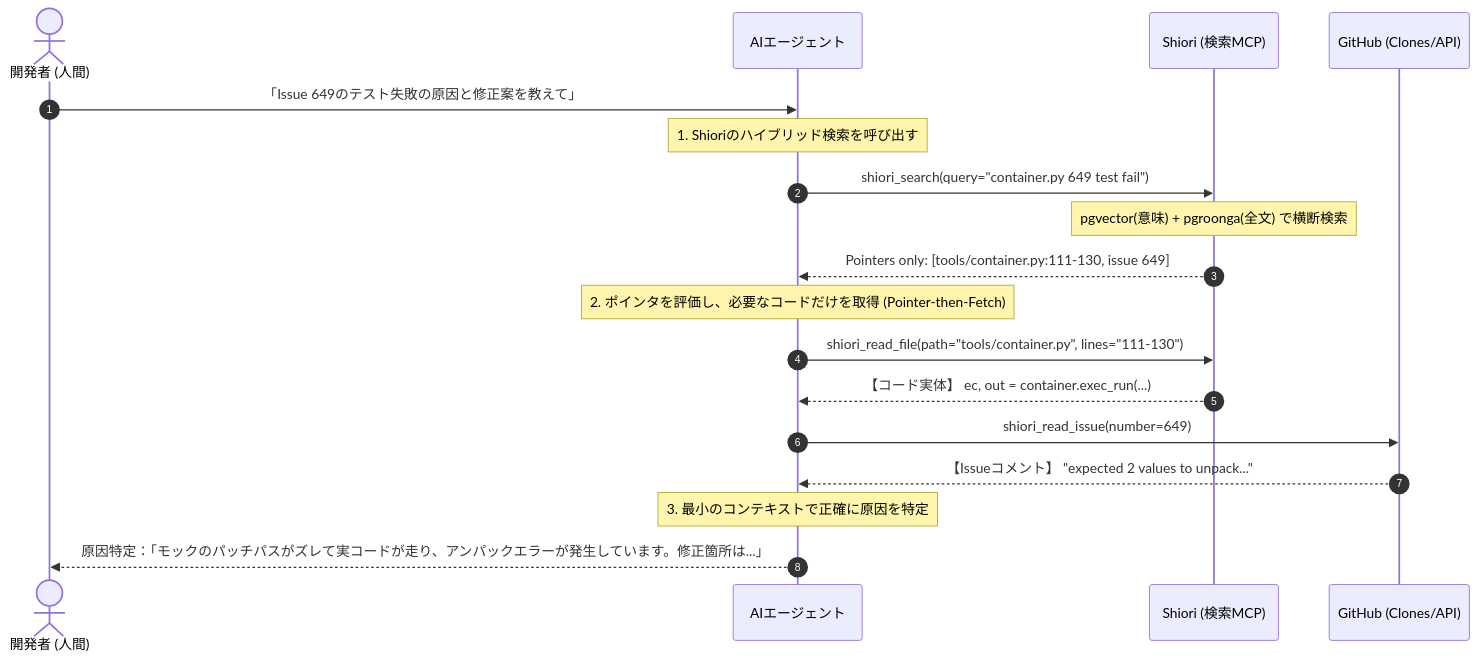
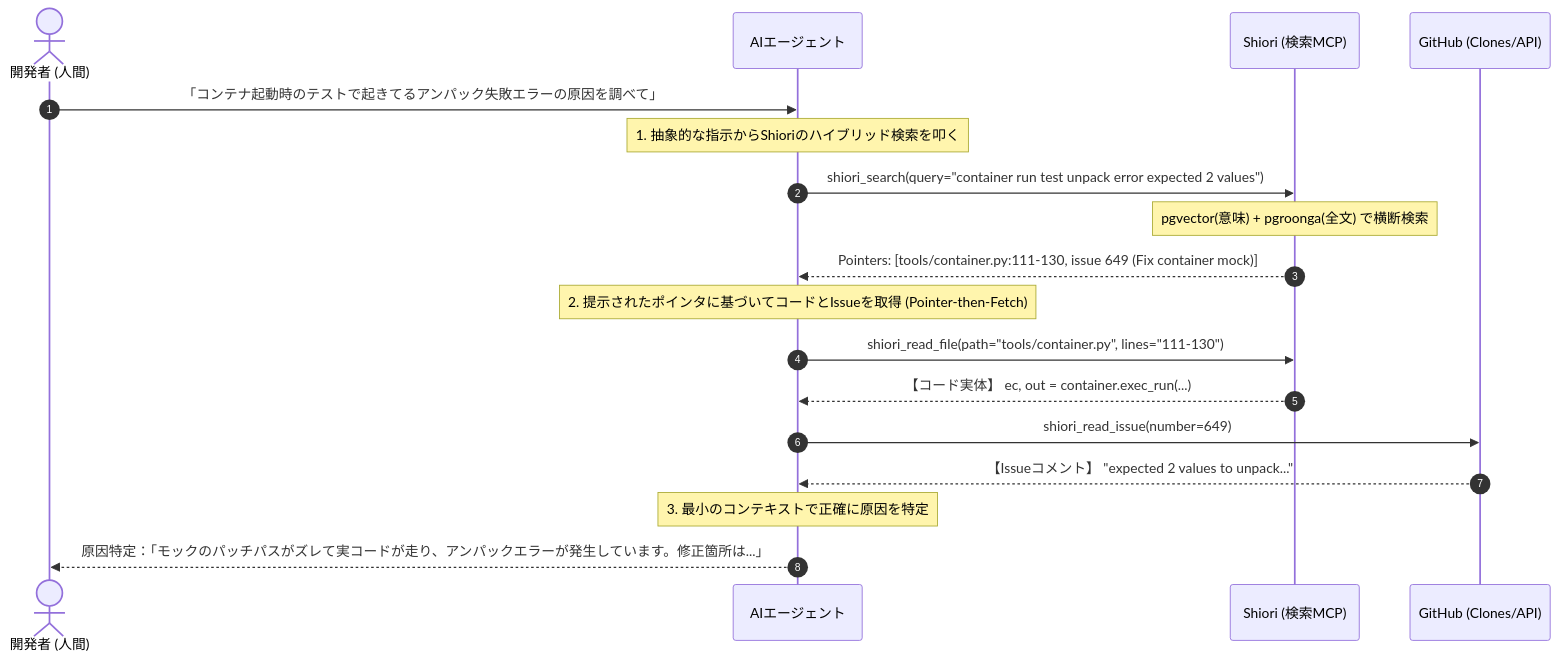
Before and after one commit to masuda-masuo/shiori-demo: the diagram in about.md, drawn with Mermaid.

Commit message:
docs: improve Mermaid sequence diagram usecase in about.md to use abstract semantic queries instead of specific issue numbers

````diff
--- a/about.md
+++ b/about.md
@@ -23,26 +23,26 @@
 ```mermaid
 sequenceDiagram
     autonumber
     actor User as 開発者 (人間)
     participant Agent as AIエージェント
     participant Shiori as Shiori (検索MCP)
     participant GitHub as GitHub (Clones/API)
 
-    User->>Agent: 「Issue 649のテスト失敗の原因と修正案を教えて」
+    User->>Agent: 「コンテナ起動時のテストで起きてるアンパック失敗エラーの原因を調べて」
     
-    Note over Agent: 1. Shioriのハイブリッド検索を呼び出す
-    Agent->>Shiori: shiori_search(query="container.py 649 test fail")
+    Note over Agent: 1. 抽象的な指示からShioriのハイブリッド検索を叩く
+    Agent->>Shiori: shiori_search(query="container run test unpack error expected 2 values")
     
     Note over Shiori: pgvector(意味) + pgroonga(全文) で横断検索
-    Shiori-->>Agent: Pointers only: [tools/container.py:111-130, issue 649]
+    Shiori-->>Agent: Pointers: [tools/container.py:111-130, issue 649 (Fix container mock)]
     
-    Note over Agent: 2. ポインタを評価し、必要なコードだけを取得 (Pointer-then-Fetch)
+    Note over Agent: 2. 提示されたポインタに基づいてコードとIssueを取得 (Pointer-then-Fetch)
     Agent->>Shiori: shiori_read_file(path="tools/container.py", lines="111-130")
     Shiori-->>Agent: 【コード実体】 ec, out = container.exec_run(...)
     
     Agent->>GitHub: shiori_read_issue(number=649)
     GitHub-->>Agent: 【Issueコメント】 "expected 2 values to unpack..."
     
     Note over Agent: 3. 最小のコンテキストで正確に原因を特定
     Agent-->>User: 原因特定：「モックのパッチパスがズレて実コードが走り、アンパックエラーが発生しています。修正箇所は...」
 ```
````
